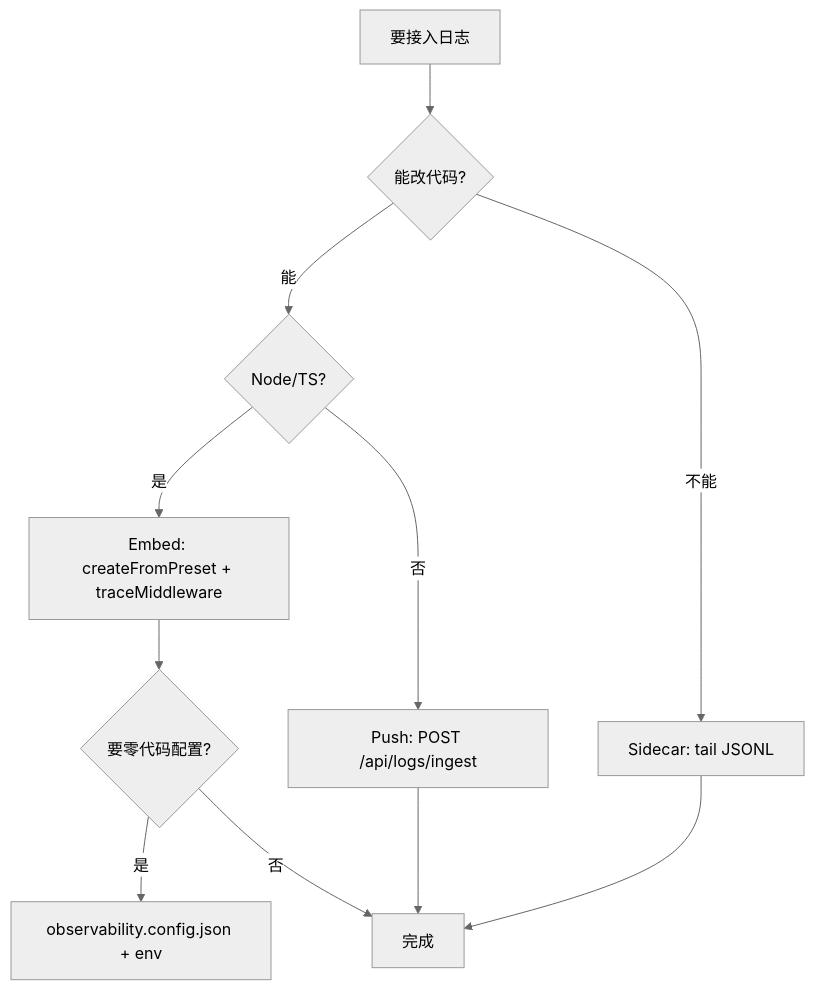
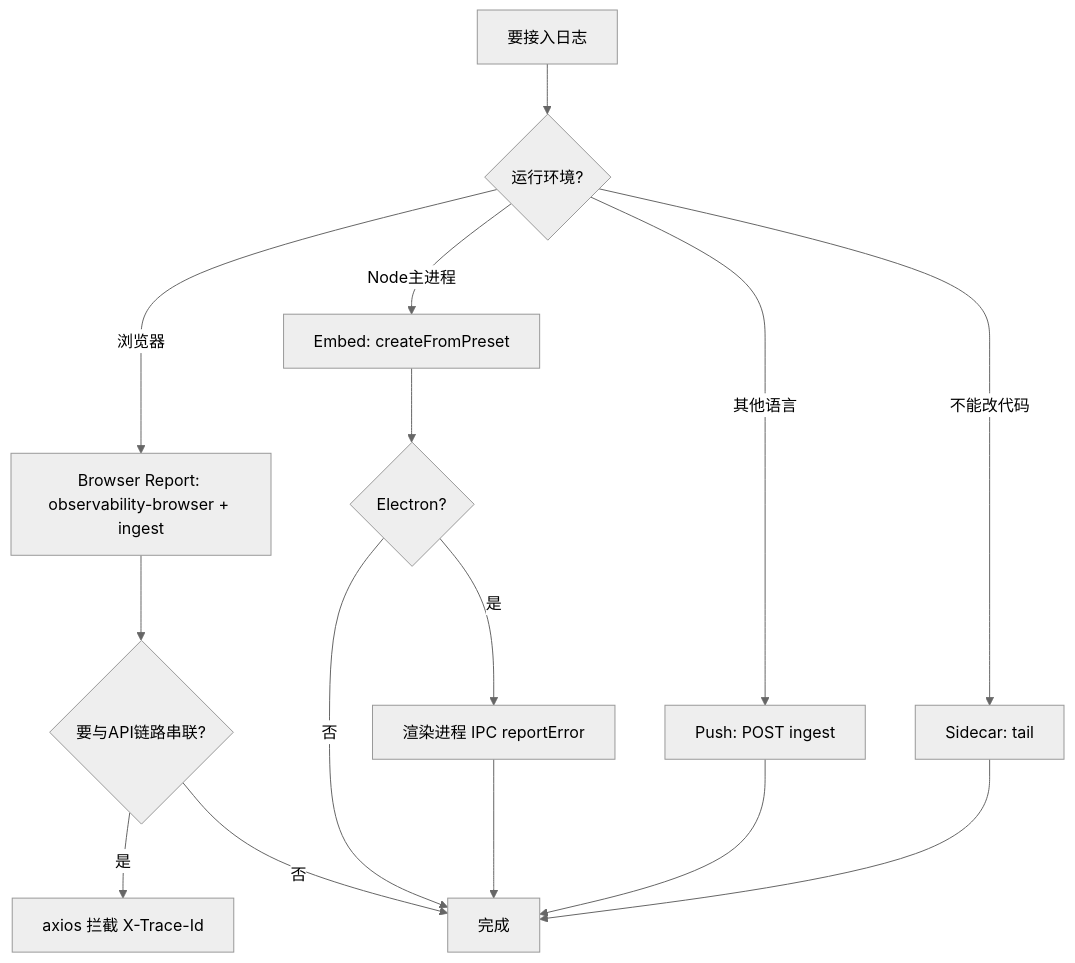
One commit to licde/Toonflow-app changed the second of 2 diagrams in packages/日志模块独立拆分_2b223c09.plan.md. Above: the diagram before and after it, drawn with Mermaid (neutral theme). The commit also changed other lines of this file and 47 other files, not shown here.

````diff
--- a/packages/日志模块独立拆分_2b223c09.plan.md
+++ b/packages/日志模块独立拆分_2b223c09.plan.md
@@ -121,13 +169,17 @@
 ```mermaid
 flowchart TD
-  start[要接入日志] --> q1{能改代码?}
-  q1 -->|能| q2{Node/TS?}
-  q1 -->|不能| sidecar[Sidecar: tail JSONL]
-  q2 -->|是| embed["Embed: createFromPreset + traceMiddleware"]
-  q2 -->|否| push["Push: POST /api/logs/ingest"]
-  embed --> cfg{要零代码配置?}
-  cfg -->|是| json["observability.config.json + env"]
-  cfg -->|否| done[完成]
+  start[要接入日志] --> runtime{运行环境?}
+  runtime -->|浏览器| web["Browser Report: observability-browser + ingest"]
+  runtime -->|Node主进程| embed[Embed: createFromPreset]
+  runtime -->|其他语言| push[Push: POST ingest]
+  runtime -->|不能改代码| sidecar[Sidecar: tail]
+  web --> trace{要与API链路串联?}
+  trace -->|是| axios["axios 拦截 X-Trace-Id"]
+  trace -->|否| done[完成]
+  embed --> electron{Electron?}
+  electron -->|是| ipc["渲染进程 IPC reportError"]
+  electron -->|否| done
+  ipc --> done
   push --> done
   sidecar --> done
 ```
````
